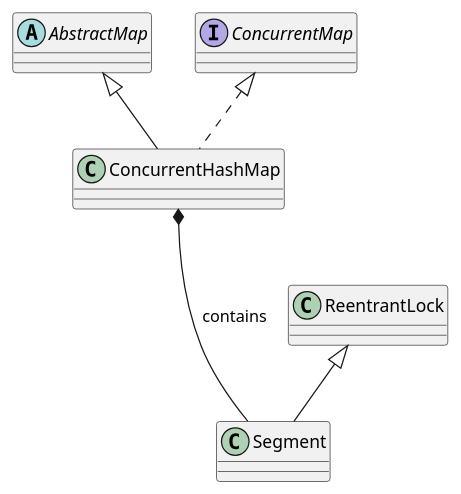
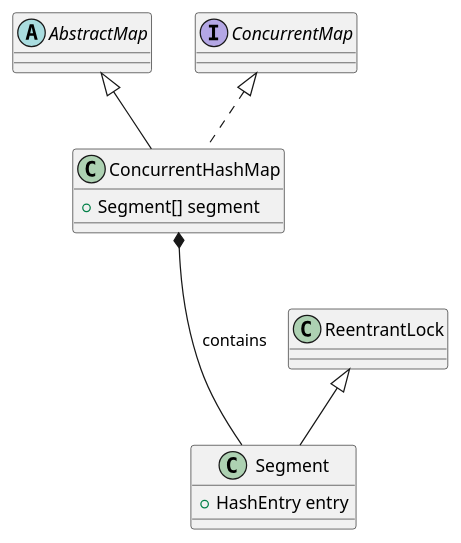
The diagram in src/jdk6/com/concurrentHashMap.puml (skylar-yu/javaConcurrentPragramming), drawn with PlantUML before and after one commit. The commit also changed 1 other file, not shown here.

```diff
--- a/src/jdk6/com/concurrentHashMap.puml
+++ b/src/jdk6/com/concurrentHashMap.puml
@@ -1,29 +1,35 @@
 @startuml
-/'泛化，Generalization：<|--
+/'
+https://yq.aliyun.com/articles/25405
+泛化，Generalization：<|--
 关联，Association：<--
 组合，Composition：*--
 聚合，Aggregation：o--
 实现，Realization：<|..
 依赖，Dependency：<..'/
 
 abstract class AbstractMap
-class ConcurrentHashMap
+class ConcurrentHashMap{
+    +Segment[] segment
+}
 interface ConcurrentMap
-class Segment
+class Segment{
+    +HashEntry entry
+}
 class ReentrantLock
 
 AbstractMap<|--ConcurrentHashMap
 ConcurrentMap<|..ConcurrentHashMap
 ConcurrentHashMap *--- Segment:contains
 ReentrantLock <|--Segment
 /'class ArrayList {
 Object[] elementData
 size()
 }
 enum TimeUnit {
 DAYS
 HOURS
 MINUTES
 }'/
 
 @enduml
```
